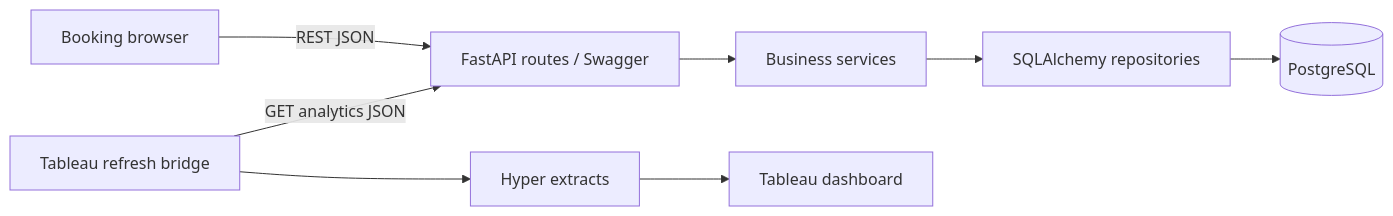
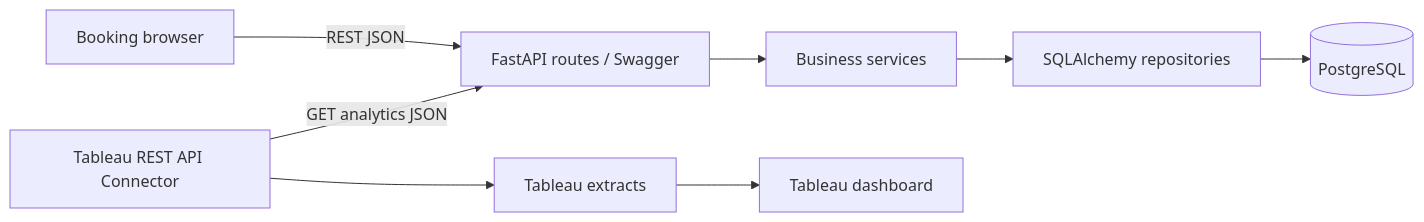
Before and after one commit to StormDyva/Hotel-Kong-Arthur: the diagram in README.md, drawn with Mermaid. The commit also changed other lines of this file and 7 other files, not shown here.

Commit message:
docs: use Tableau REST connector and retire export bridge scope

````diff
--- a/README.md
+++ b/README.md
@@ -48,10 +48,10 @@
 ```mermaid
 flowchart LR
     Browser[Booking browser] -->|REST JSON| API[FastAPI routes / Swagger]
     API --> Service[Business services]
     Service --> Repository[SQLAlchemy repositories]
     Repository --> DB[(PostgreSQL)]
-    Bridge[Tableau refresh bridge] -->|GET analytics JSON| API
-    Bridge --> Extract[Hyper extracts]
+    Connector[Tableau REST API Connector] -->|GET analytics JSON| API
+    Connector --> Extract[Tableau extracts]
     Extract --> Tableau[Tableau dashboard]
 ```
````
